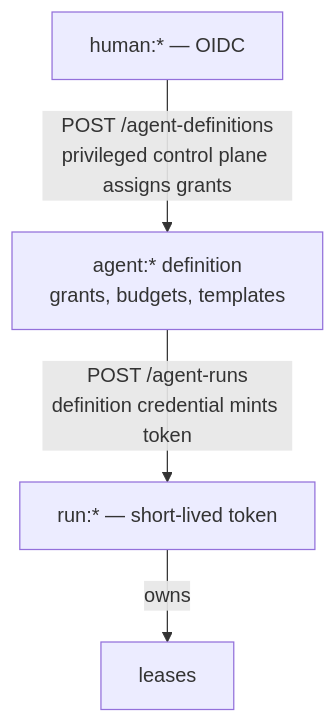
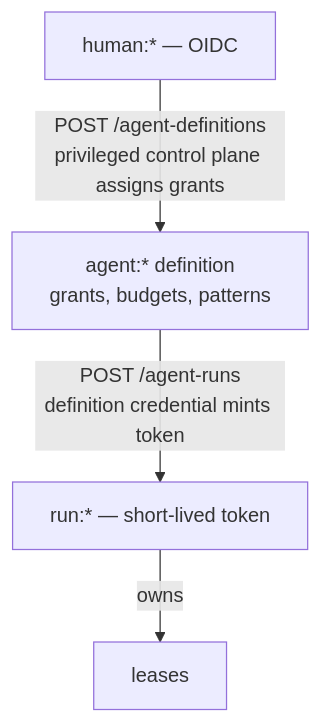
Before and after one commit to wistrand/radia: the first of 5 diagrams in agent_docs/design-auth.md, drawn with Mermaid. The commit also changed other lines of this file and 82 other files, not shown here.

````diff
--- a/agent_docs/design-auth.md
+++ b/agent_docs/design-auth.md
@@ -146,6 +146,6 @@
 ```mermaid
 flowchart TB
-    H[human:* — OIDC] -->|POST /agent-definitions<br/>privileged control plane assigns grants| D[agent:* definition<br/>grants, budgets, templates]
+    H[human:* — OIDC] -->|POST /agent-definitions<br/>privileged control plane assigns grants| D[agent:* definition<br/>grants, budgets, patterns]
     D -->|POST /agent-runs<br/>definition credential mints token| R[run:* — short-lived token]
     R -->|owns| L[leases]
 ```
````
